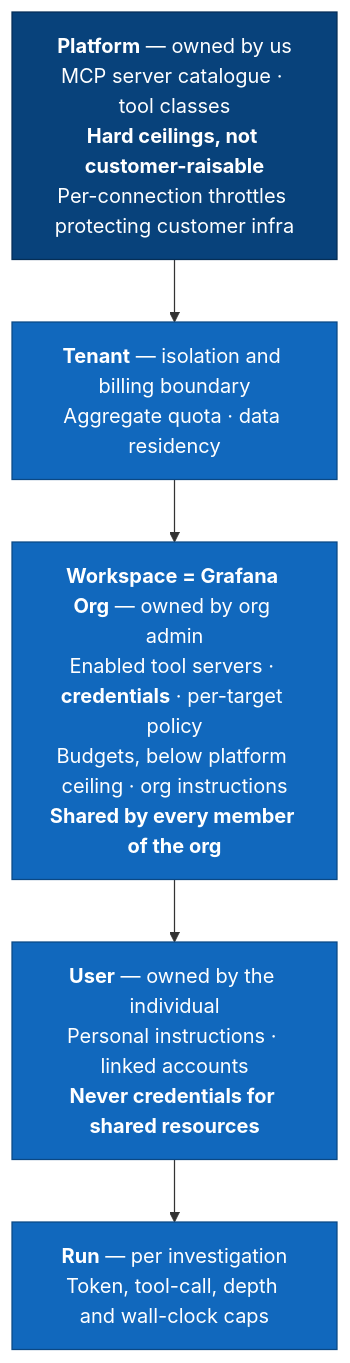
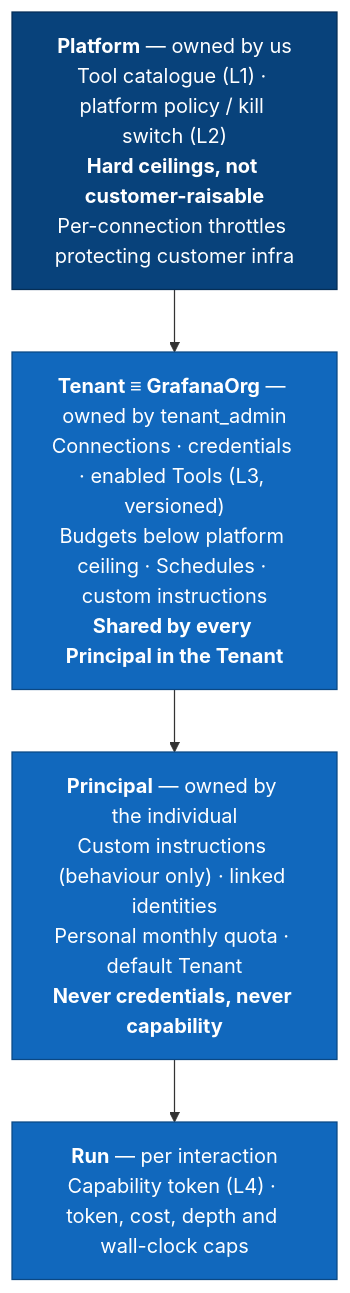
Before and after one commit to vikshana/graft-agent-harness: the first of 3 diagrams in docs/diagrams/c4-l1-system-context.md, drawn with Mermaid. The commit also changed other lines of this file and 8 other files, not shown here.

Commit message:
feat(docs): Update documentation to reflect changes in approval authority and control mechanisms add l2 diagram for c4

````diff
--- a/docs/diagrams/c4-l1-system-context.md
+++ b/docs/diagrams/c4-l1-system-context.md
@@ -136,15 +312,14 @@
 ```mermaid
 flowchart TB
-    P["<b>Platform</b> — owned by us<br/>MCP server catalogue · tool classes<br/><b>Hard ceilings, not customer-raisable</b><br/>Per-connection throttles protecting customer infra"]
-    T["<b>Tenant</b> — isolation and billing boundary<br/>Aggregate quota · data residency"]
-    W["<b>Workspace = Grafana Org</b> — owned by org admin<br/>Enabled tool servers · <b>credentials</b> · per-target policy<br/>Budgets, below platform ceiling · org instructions<br/><b>Shared by every member of the org</b>"]
-    U["<b>User</b> — owned by the individual<br/>Personal instructions · linked accounts<br/><b>Never credentials for shared resources</b>"]
-    R["<b>Run</b> — per investigation<br/>Token, tool-call, depth and wall-clock caps"]
+    P["<b>Platform</b> — owned by us<br/>Tool catalogue (L1) · platform policy / kill switch (L2)<br/><b>Hard ceilings, not customer-raisable</b><br/>Per-connection throttles protecting customer infra"]
+    T["<b>Tenant ≡ GrafanaOrg</b> — owned by tenant_admin<br/>Connections · credentials · enabled Tools (L3, versioned)<br/>Budgets below platform ceiling · Schedules · custom instructions<br/><b>Shared by every Principal in the Tenant</b>"]
+    U["<b>Principal</b> — owned by the individual<br/>Custom instructions (behaviour only) · linked identities<br/>Personal monthly quota · default Tenant<br/><b>Never credentials, never capability</b>"]
+    R["<b>Run</b> — per interaction<br/>Capability token (L4) · token, cost, depth and wall-clock caps"]
 
-    P --> T --> W --> U --> R
+    P --> T --> U --> R
 
     classDef platform fill:#08427b,stroke:#052e56,color:#ffffff
     classDef scope fill:#1168bd,stroke:#0b4884,color:#ffffff
     class P platform
-    class T,W,U,R scope
+    class T,U,R scope
 ```
````
